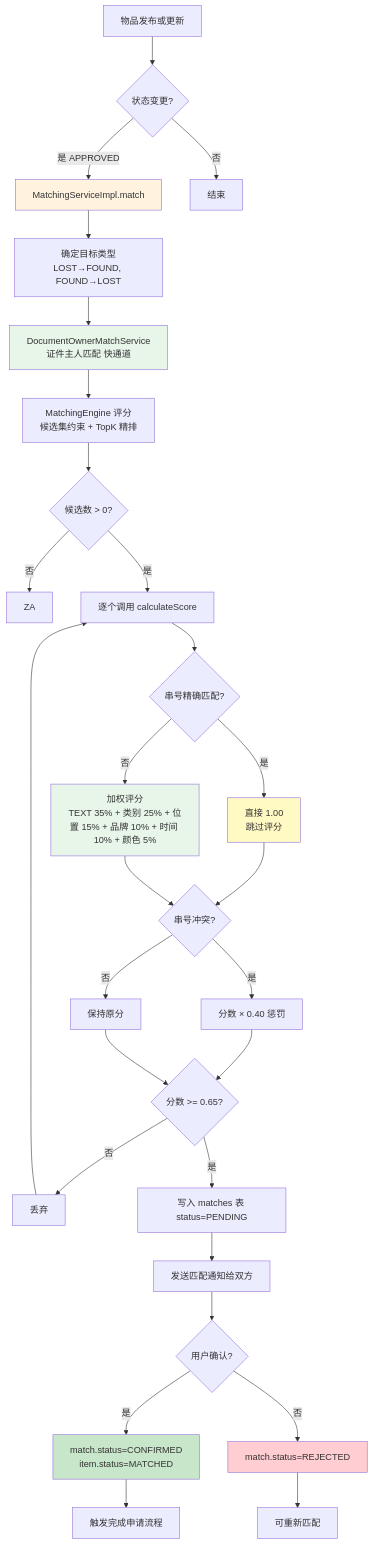
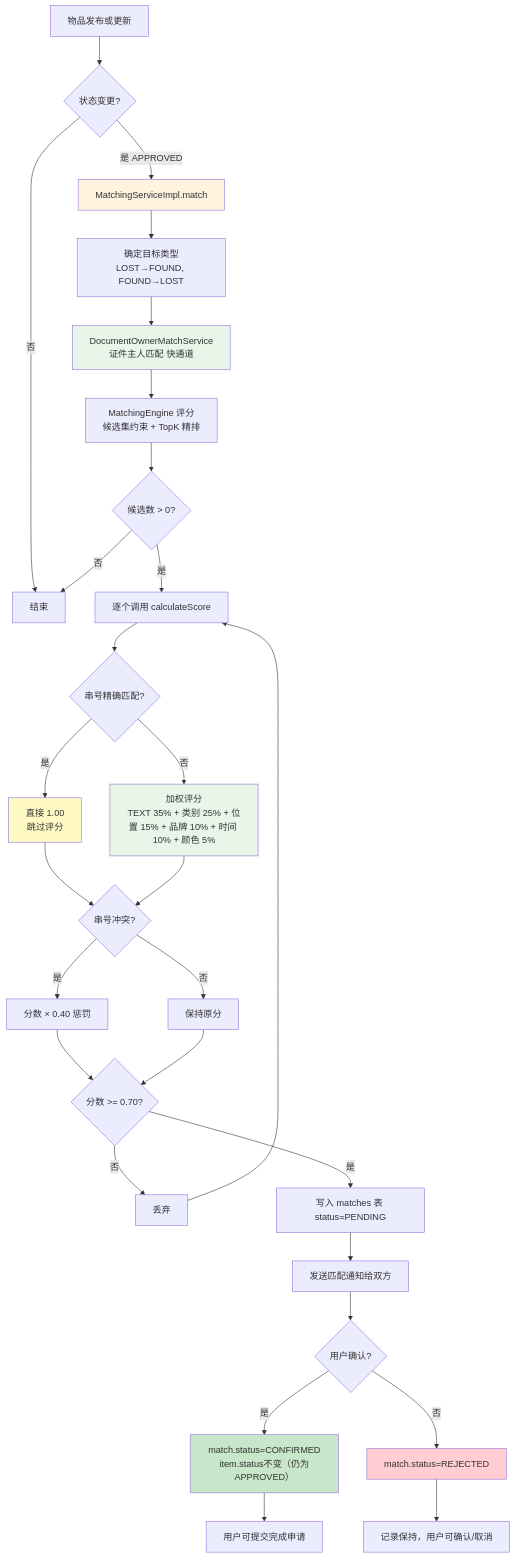
Before and after one commit to zwj-3193655211/campus-LostandFound: diagram 11 of 30 in docs/项目图表.md, drawn with Mermaid. The commit also changed other lines of this file, not shown here.

Commit message:
docs: 更新匹配时序图阈值

````diff
--- a/docs/项目图表.md
+++ b/docs/项目图表.md
@@ -605,38 +605,38 @@
 ```mermaid
 flowchart TD
     A[物品发布或更新] --> B{状态变更?}
     B -->|是 APPROVED| C[MatchingServiceImpl.match]
     B -->|否| Z[结束]
 
     C --> D[确定目标类型<br/>LOST→FOUND, FOUND→LOST]
     D --> E[DocumentOwnerMatchService<br/>证件主人匹配 快通道]
     E --> E2[MatchingEngine 评分<br/>候选集约束 + TopK 精排]
     E2 --> F{候选数 > 0?}
 
-    F -->|否| ZA
+    F -->|否| Z
     F -->|是| G[逐个调用 calculateScore]
     G --> G1{串号精确匹配?}
     G1 -->|是| G2[直接 1.00<br/>跳过评分]
     G1 -->|否| H[加权评分<br/>TEXT 35% + 类别 25% + 位置 15% + 品牌 10% + 时间 10% + 颜色 5%]
     G2 --> I
     H --> I{串号冲突?}
     I -->|是| I2[分数 × 0.40 惩罚]
     I -->|否| I3[保持原分]
     I2 --> J
-    I3 --> J{分数 >= 0.65?}
+    I3 --> J{分数 >= 0.70?}
     J -->|否| K[丢弃] --> G
     J -->|是| L[写入 matches 表 status=PENDING]
     L --> M[发送匹配通知给双方]
     M --> N{用户确认?}
-    N -->|是| O[match.status=CONFIRMED<br/>item.status=MATCHED]
+    N -->|是| O[match.status=CONFIRMED<br/>item.status不变（仍为APPROVED）]
     N -->|否| P[match.status=REJECTED]
-    O --> Q[触发完成申请流程]
-    P --> R[可重新匹配]
+    O --> Q[用户可提交完成申请]
+    P --> R[记录保持，用户可确认/取消]
 
     style C fill:#fff3e0
     style E fill:#e8f5e9
     style H fill:#e8f5e9
     style G2 fill:#fff9c4
     style O fill:#c8e6c9
     style P fill:#ffcdd2
 ```
````
